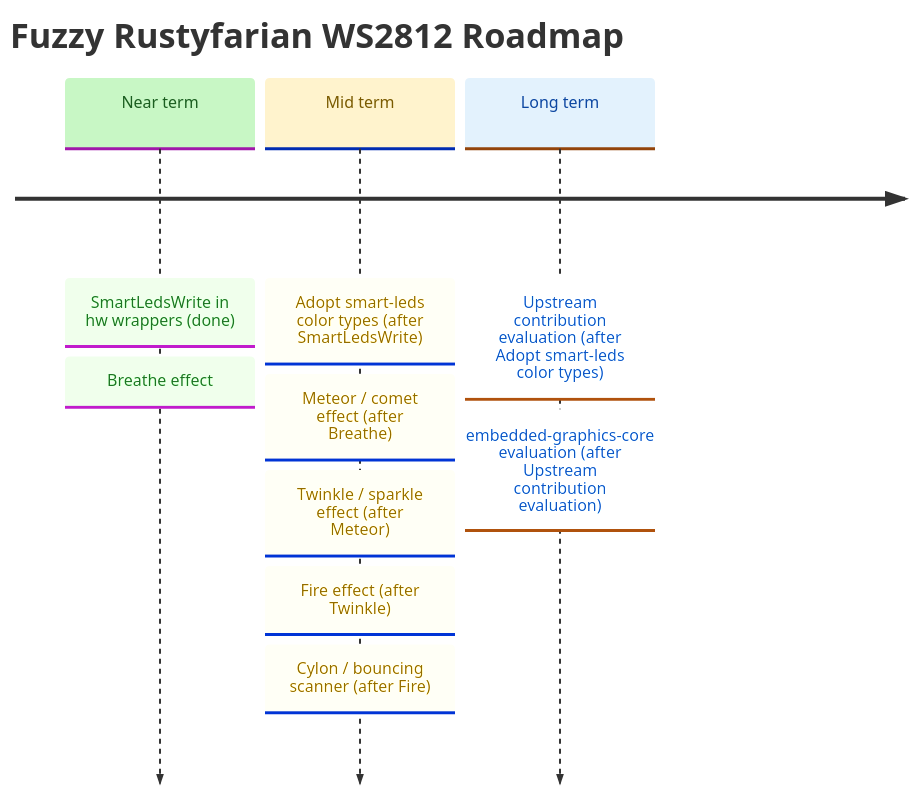
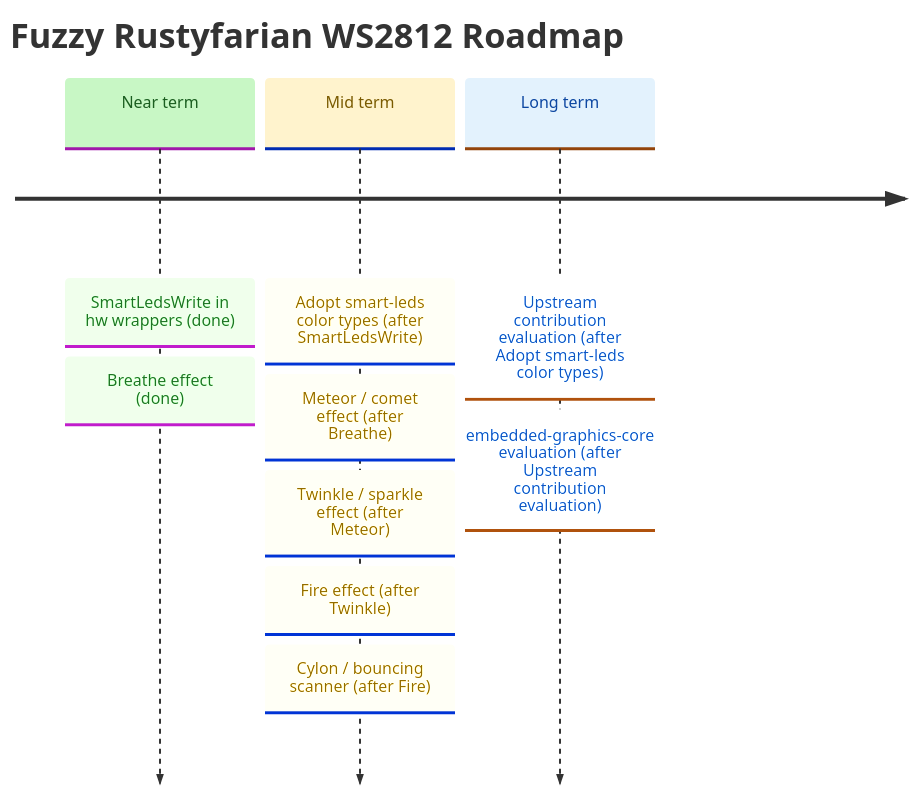
Before and after one commit to datenkollektiv/rustyfarian-ws2812: the diagram in docs/ROADMAP.md, drawn with Mermaid. The commit also changed other lines of this file and 10 other files, not shown here.

Commit message:
Add `BreatheEffect` and more examples

````diff
--- a/docs/ROADMAP.md
+++ b/docs/ROADMAP.md
@@ -10,28 +10,28 @@
 ```mermaid
 %%{init: {
   "theme": "base",
   "themeVariables": {
     "cScale0": "#c8f7c5",
     "cScaleLabel0": "#1b5e20",
     "cScale1": "#fff3cd",
     "cScaleLabel1": "#7a5a00",
     "cScale2": "#e3f2fd",
     "cScaleLabel2": "#0d47a1"
   }
 }}%%
 
 timeline
     title Fuzzy Rustyfarian WS2812 Roadmap
 
     Near term : SmartLedsWrite in hw wrappers (done)
-              : Breathe effect
+              : Breathe effect (done)
 
     Mid term  : Adopt smart-leds color types (after SmartLedsWrite)
               : Meteor / comet effect (after Breathe)
               : Twinkle / sparkle effect (after Meteor)
               : Fire effect (after Twinkle)
               : Cylon / bouncing scanner (after Fire)
 
     Long term : Upstream contribution evaluation (after Adopt smart-leds color types)
               : embedded-graphics-core evaluation (after Upstream contribution evaluation)
 ```
````
